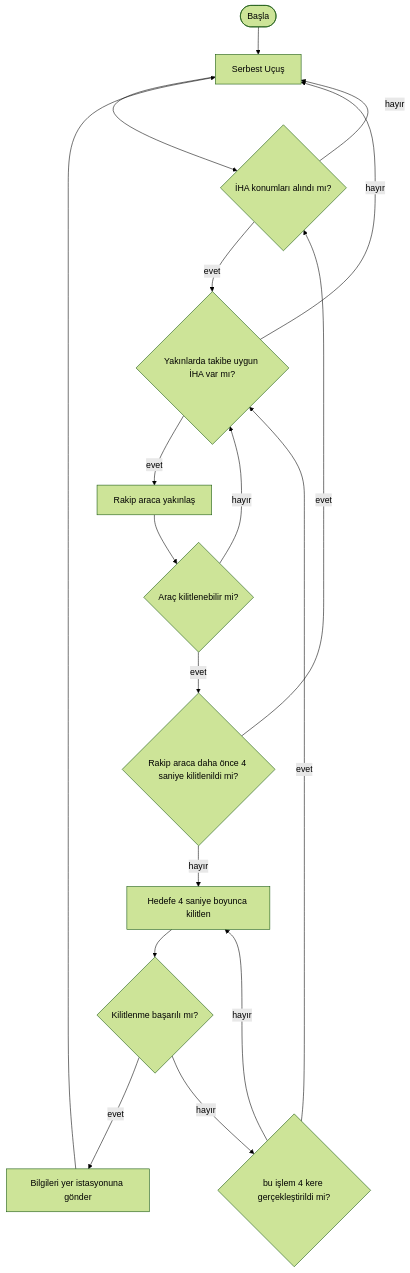
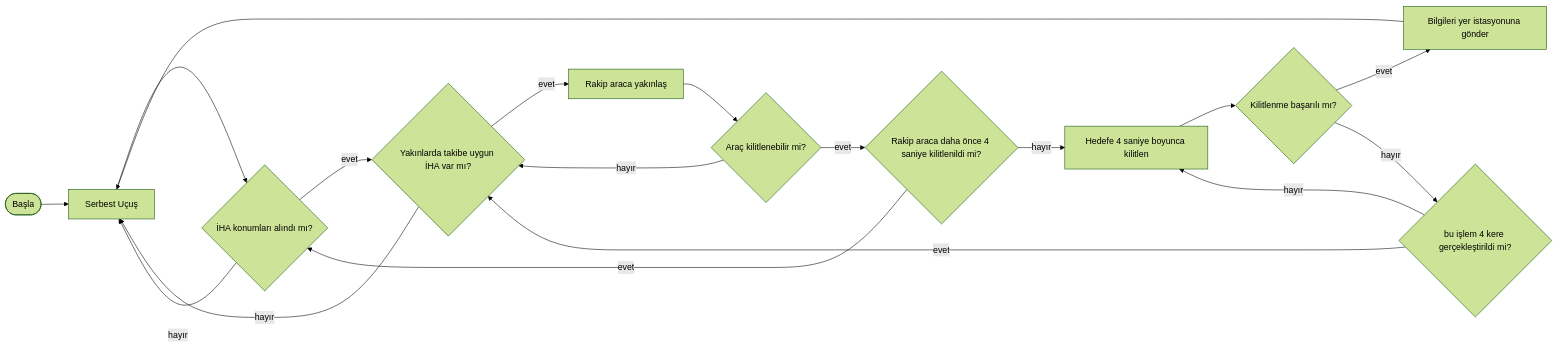
Before and after one commit to Merdema/Flowchart: the diagram in chart.md, drawn with Mermaid (forest theme).

Commit message:
changed direction

````diff
--- a/chart.md
+++ b/chart.md
@@ -1,20 +1,20 @@
 ``` mermaid
-flowchart TD
+flowchart LR
 Start([Başla])-->SU[Serbest Uçuş]
 SU-->Tespit{İHA konumları alındı mı?}
 Tespit-- evet -->uygun{Yakınlarda takibe uygun İHA var mı?}
 Tespit-- hayır --> SU
 uygun-- evet --> yaklaş[Rakip araca yakınlaş]
 uygun-- hayır -->SU
 yaklaş-->kilit{Araç kilitlenebilir mi?}
 kilit-- hayır -->uygun
 kilit-- evet -->ilk{Rakip araca daha önce 4 saniye kilitlenildi mi?}
 ilk-- evet -->Tespit
 ilk-- hayır -->kilit1[Hedefe 4 saniye boyunca kilitlen]
 kilit1-->sonuç{Kilitlenme başarılı mı?}
 sonuç-- evet -->feedback[Bilgileri yer istasyonuna gönder]
 sonuç-- hayır -->sorgu{bu işlem 4 kere gerçekleştirildi mi?}
 sorgu-- hayır -->kilit1
 sorgu-- evet -->uygun
 feedback-->SU
 ```
````
